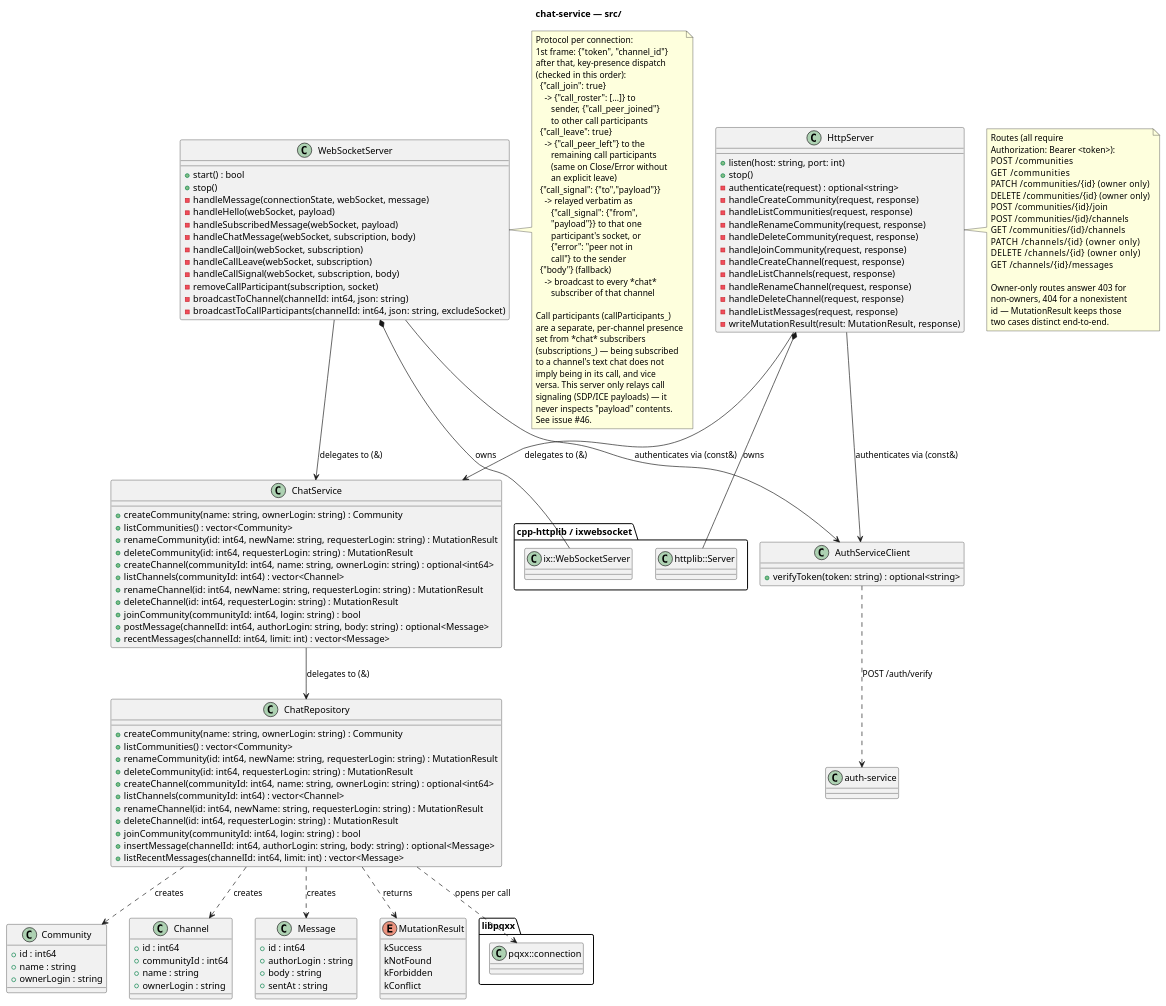
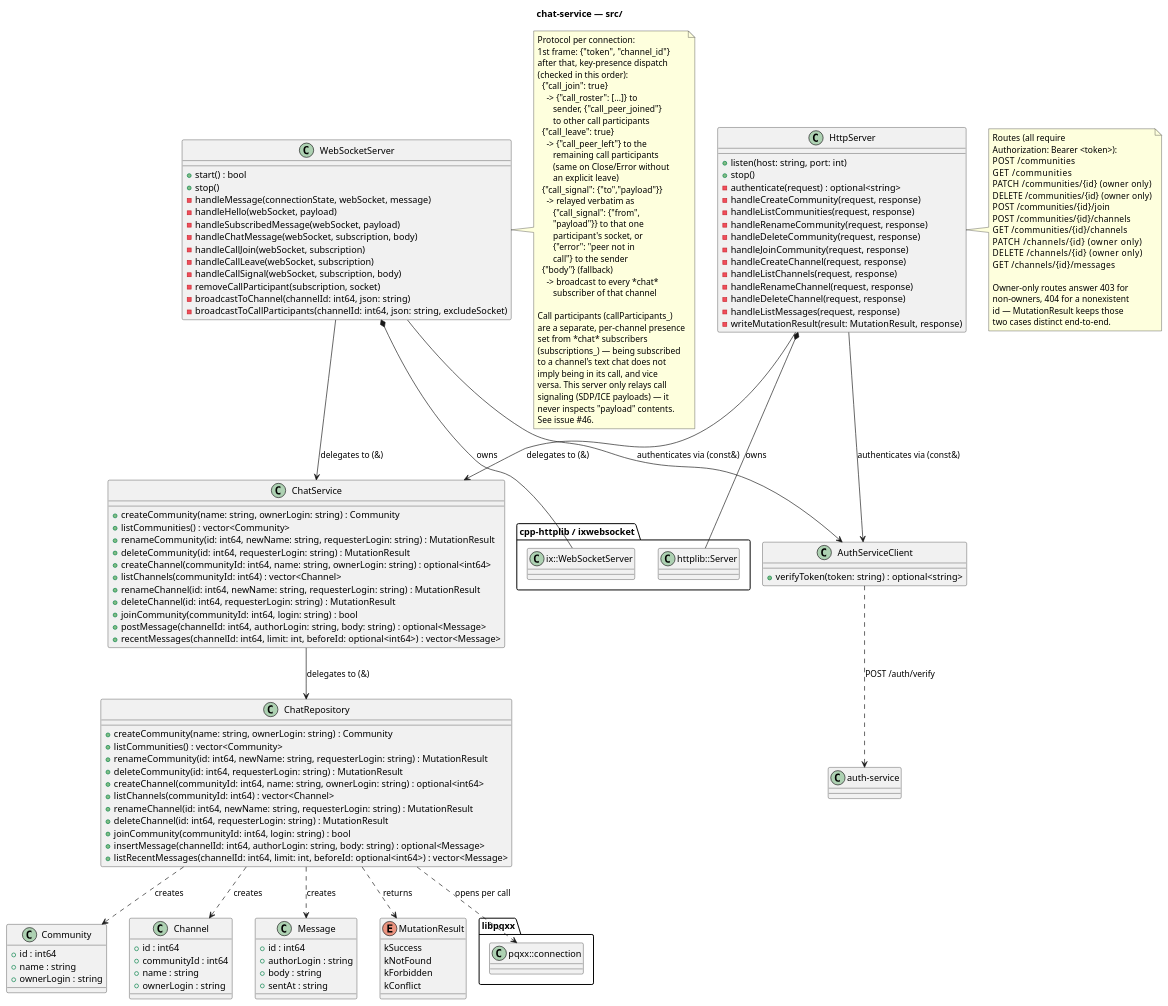
Before and after one commit to NekrasovIS/Exp: the diagram in services/chat-service/docs/diagrams/chat-service.puml, drawn with PlantUML. The commit also changed 25 other files, not shown here.

First line of the commit message:
[100] Message history: load on channel open, paginate with Load older

```diff
--- a/services/chat-service/docs/diagrams/chat-service.puml
+++ b/services/chat-service/docs/diagrams/chat-service.puml
@@ -1,171 +1,171 @@
 @startuml chat-service
 title chat-service — src/
 
 package "cpp-httplib / ixwebsocket" {
   class "httplib::Server" as HttplibServer
   class "ix::WebSocketServer" as IxWebSocketServer
 }
 
 package "libpqxx" {
   class "pqxx::connection" as PqxxConnection
 }
 
 class Community {
   +id : int64
   +name : string
   +ownerLogin : string
 }
 class Channel {
   +id : int64
   +communityId : int64
   +name : string
   +ownerLogin : string
 }
 class Message {
   +id : int64
   +authorLogin : string
   +body : string
   +sentAt : string
 }
 enum MutationResult {
   kSuccess
   kNotFound
   kForbidden
   kConflict
 }
 
 class ChatRepository {
   +createCommunity(name: string, ownerLogin: string) : Community
   +listCommunities() : vector<Community>
   +renameCommunity(id: int64, newName: string, requesterLogin: string) : MutationResult
   +deleteCommunity(id: int64, requesterLogin: string) : MutationResult
   +createChannel(communityId: int64, name: string, ownerLogin: string) : optional<int64>
   +listChannels(communityId: int64) : vector<Channel>
   +renameChannel(id: int64, newName: string, requesterLogin: string) : MutationResult
   +deleteChannel(id: int64, requesterLogin: string) : MutationResult
   +joinCommunity(communityId: int64, login: string) : bool
   +insertMessage(channelId: int64, authorLogin: string, body: string) : optional<Message>
-  +listRecentMessages(channelId: int64, limit: int) : vector<Message>
+  +listRecentMessages(channelId: int64, limit: int, beforeId: optional<int64>) : vector<Message>
 }
 ChatRepository ..> Community : creates
 ChatRepository ..> Channel : creates
 ChatRepository ..> Message : creates
 ChatRepository ..> MutationResult : returns
 ChatRepository ..> PqxxConnection : opens per call
 
 class ChatService {
   +createCommunity(name: string, ownerLogin: string) : Community
   +listCommunities() : vector<Community>
   +renameCommunity(id: int64, newName: string, requesterLogin: string) : MutationResult
   +deleteCommunity(id: int64, requesterLogin: string) : MutationResult
   +createChannel(communityId: int64, name: string, ownerLogin: string) : optional<int64>
   +listChannels(communityId: int64) : vector<Channel>
   +renameChannel(id: int64, newName: string, requesterLogin: string) : MutationResult
   +deleteChannel(id: int64, requesterLogin: string) : MutationResult
   +joinCommunity(communityId: int64, login: string) : bool
   +postMessage(channelId: int64, authorLogin: string, body: string) : optional<Message>
-  +recentMessages(channelId: int64, limit: int) : vector<Message>
+  +recentMessages(channelId: int64, limit: int, beforeId: optional<int64>) : vector<Message>
 }
 ChatService --> ChatRepository : delegates to (&)
 
 class AuthServiceClient {
   +verifyToken(token: string) : optional<string>
 }
 AuthServiceClient ..> "auth-service" : POST /auth/verify
 
 class HttpServer {
   +listen(host: string, port: int)
   +stop()
   -authenticate(request) : optional<string>
   -handleCreateCommunity(request, response)
   -handleListCommunities(request, response)
   -handleRenameCommunity(request, response)
   -handleDeleteCommunity(request, response)
   -handleJoinCommunity(request, response)
   -handleCreateChannel(request, response)
   -handleListChannels(request, response)
   -handleRenameChannel(request, response)
   -handleDeleteChannel(request, response)
   -handleListMessages(request, response)
   -writeMutationResult(result: MutationResult, response)
 }
 HttpServer --> ChatService : delegates to (&)
 HttpServer --> AuthServiceClient : authenticates via (const&)
 HttpServer *-- HttplibServer : owns
 
 class WebSocketServer {
   +start() : bool
   +stop()
   -handleMessage(connectionState, webSocket, message)
   -handleHello(webSocket, payload)
   -handleSubscribedMessage(webSocket, payload)
   -handleChatMessage(webSocket, subscription, body)
   -handleCallJoin(webSocket, subscription)
   -handleCallLeave(webSocket, subscription)
   -handleCallSignal(webSocket, subscription, body)
   -removeCallParticipant(subscription, socket)
   -broadcastToChannel(channelId: int64, json: string)
   -broadcastToCallParticipants(channelId: int64, json: string, excludeSocket)
 }
 WebSocketServer --> ChatService : delegates to (&)
 WebSocketServer --> AuthServiceClient : authenticates via (const&)
 WebSocketServer *-- IxWebSocketServer : owns
 
 note right of HttpServer
   Routes (all require
   Authorization: Bearer <token>):
   POST   /communities
   GET    /communities
   PATCH  /communities/{id}   (owner only)
   DELETE /communities/{id}   (owner only)
   POST   /communities/{id}/join
   POST   /communities/{id}/channels
   GET    /communities/{id}/channels
   PATCH  /channels/{id}      (owner only)
   DELETE /channels/{id}      (owner only)
   GET    /channels/{id}/messages
 
   Owner-only routes answer 403 for
   non-owners, 404 for a nonexistent
   id — MutationResult keeps those
   two cases distinct end-to-end.
 end note
 
 note right of WebSocketServer
   Protocol per connection:
   1st frame: {"token", "channel_id"}
   after that, key-presence dispatch
   (checked in this order):
     {"call_join": true}
       -> {"call_roster": [...]} to
          sender, {"call_peer_joined"}
          to other call participants
     {"call_leave": true}
       -> {"call_peer_left"} to the
          remaining call participants
          (same on Close/Error without
          an explicit leave)
     {"call_signal": {"to","payload"}}
       -> relayed verbatim as
          {"call_signal": {"from",
          "payload"}} to that one
          participant's socket, or
          {"error": "peer not in
          call"} to the sender
     {"body"} (fallback)
       -> broadcast to every *chat*
          subscriber of that channel
 
   Call participants (callParticipants_)
   are a separate, per-channel presence
   set from *chat* subscribers
   (subscriptions_) — being subscribed
   to a channel's text chat does not
   imply being in its call, and vice
   versa. This server only relays call
   signaling (SDP/ICE payloads) — it
   never inspects "payload" contents.
   See issue #46.
 end note
 
 @enduml
```
